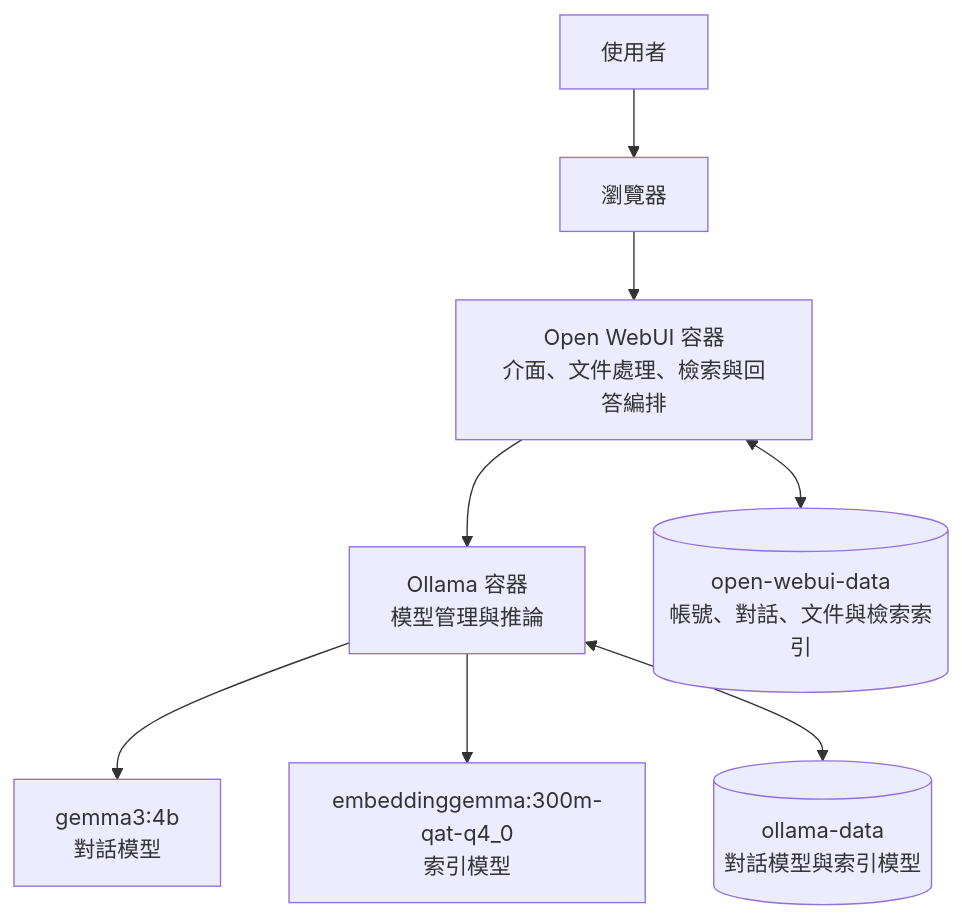
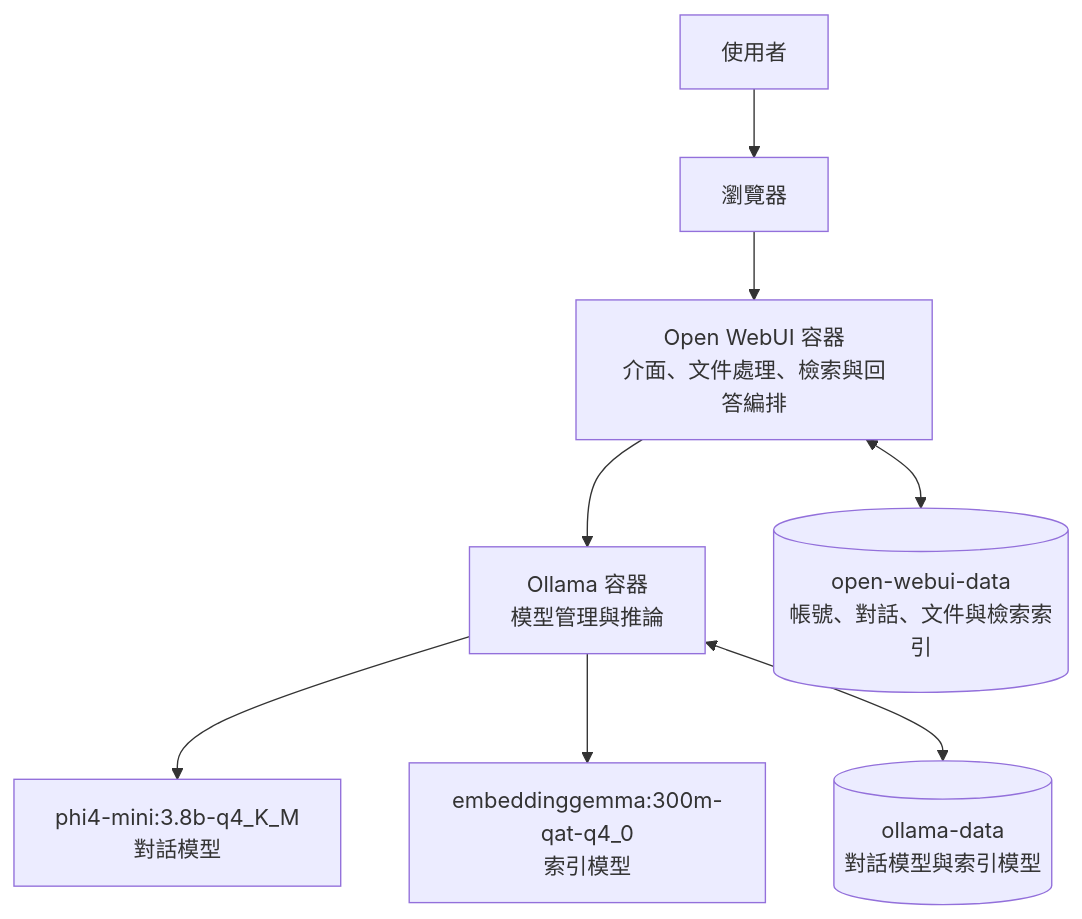
The second of 6 diagrams in 05-建立個人知識庫/補充教材-本次實作架構演進.md (lee0401g/project-delivery_3LM), drawn with Mermaid before and after one commit. The commit also changed other lines of this file and 10 other files, not shown here.

Commit message:
變更課程指定模型為 Phi-4 Mini 3.8B Q4_K_M

````diff
--- a/05-建立個人知識庫/補充教材-本次實作架構演進.md
+++ b/05-建立個人知識庫/補充教材-本次實作架構演進.md
@@ -32,10 +32,10 @@
 ```mermaid
 flowchart TD
     U[使用者] --> B[瀏覽器]
     B --> W[Open WebUI 容器<br/>介面、文件處理、檢索與回答編排]
     W --> O[Ollama 容器<br/>模型管理與推論]
-    O --> C[gemma3:4b<br/>對話模型]
+    O --> C[phi4-mini:3.8b-q4_K_M<br/>對話模型]
     O --> E[embeddinggemma:300m-qat-q4_0<br/>索引模型]
     W <--> WD[(open-webui-data<br/>帳號、對話、文件與檢索索引)]
     O <--> OD[(ollama-data<br/>對話模型與索引模型)]
 ```
````
